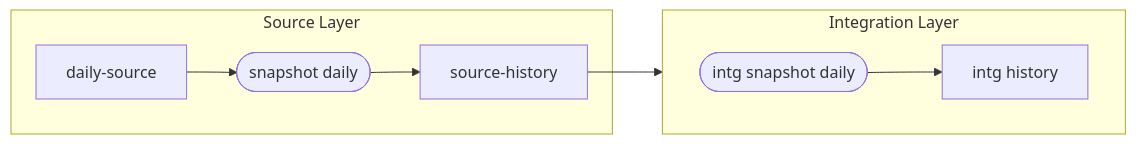
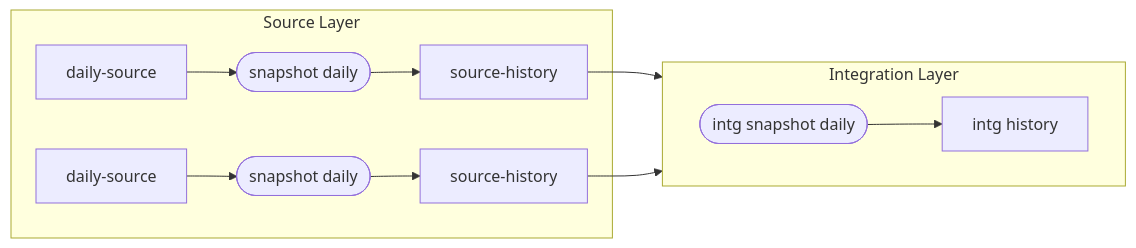
One commit to rvijay17/snapshot-experiment changed the diagram in README.md. Above: the diagram before and after it, drawn with Mermaid. The commit also changed other lines of this file, not shown here.

Commit message:
updated doco

````diff
--- a/README.md
+++ b/README.md
@@ -5,10 +5,12 @@
 ```mermaid
 flowchart LR 
   subgraph Source Layer
   daily-source-->snapshot([snapshot daily])-->source-history
+  ds2[daily-source]-->sn2([snapshot daily])-->sh2[source-history]
   end
   subgraph Integration Layer
   direction LR
   source-history-->intg-snapshot([intg snapshot daily])-->intghistory[intg history]
+   sh2-->intg-snapshot([intg snapshot daily])
   end
 ```
````
